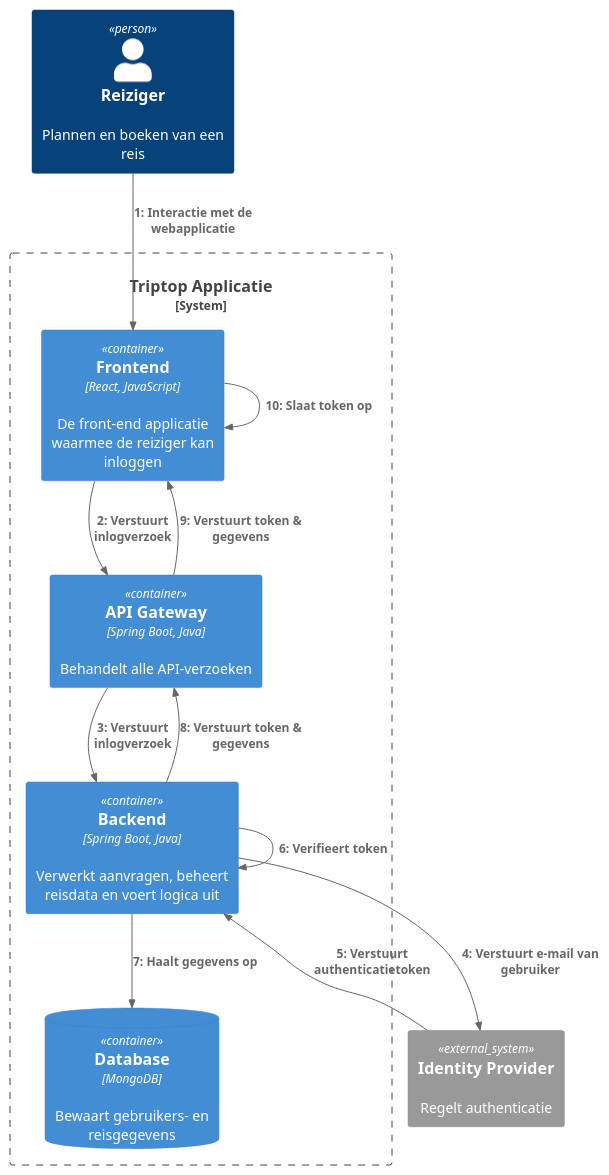
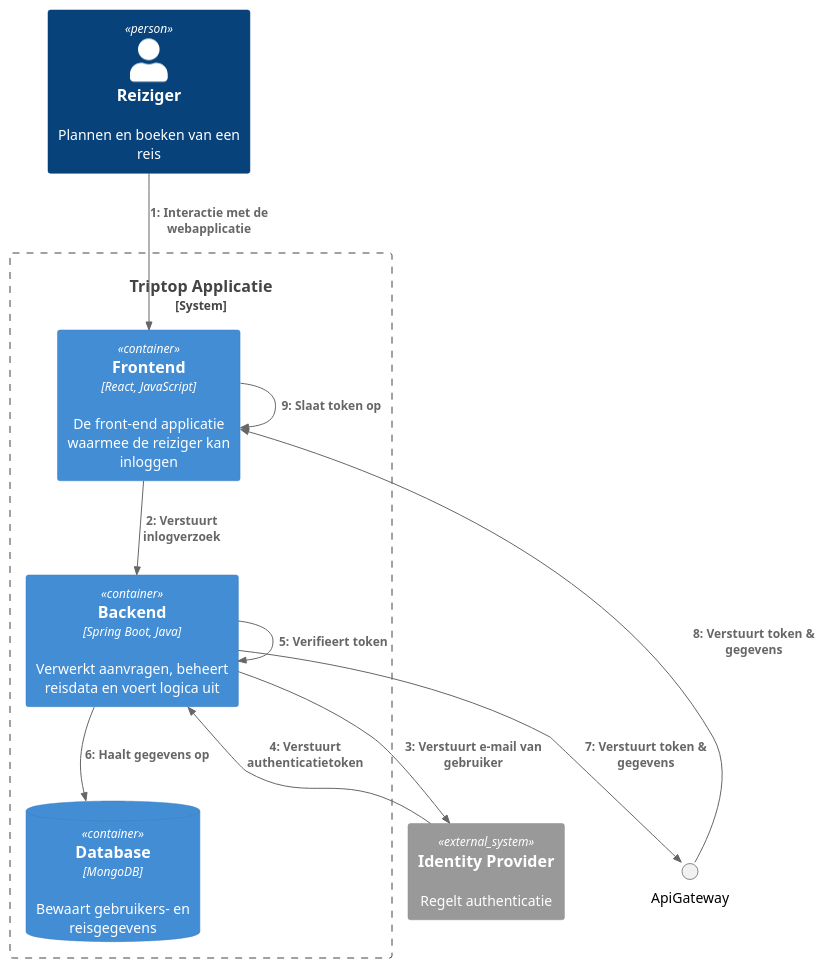
The diagram in opdracht-diagrammen/C4 Container/Dynamic/C4 Container dynamic diagram Inloggen - Cas.puml (AIM-ENE-feb25/triptop-groep-3), drawn with PlantUML before and after one commit. The commit also changed 4 other files, not shown here.

```diff
--- a/opdracht-diagrammen/C4 Container/Dynamic/C4 Container dynamic diagram Inloggen - Cas.puml
+++ b/opdracht-diagrammen/C4 Container/Dynamic/C4 Container dynamic diagram Inloggen - Cas.puml
@@ -1,33 +1,31 @@
 @startuml
 !include https://raw.githubusercontent.com/plantuml-stdlib/C4-PlantUML/master/C4_Dynamic.puml
 
 LAYOUT_TOP_DOWN()
 
 Person(Traveler, "Reiziger", "Plannen en boeken van een reis")
 
 System_Boundary(s1, "Triptop Applicatie") {
     Container(Frontend, "Frontend", "React, JavaScript", "De front-end applicatie waarmee de reiziger kan inloggen")
     Container(Backend, "Backend", "Spring Boot, Java", "Verwerkt aanvragen, beheert reisdata en voert logica uit")
-    Container(ApiGateway, "API Gateway", "Spring Boot, Java", "Behandelt alle API-verzoeken")
     ContainerDb(Database, Database, MongoDB, Bewaart gebruikers- en reisgegevens)
 }
 
 System_Ext(IdentityProvider, "Identity Provider", "Regelt authenticatie")
 
 Rel(Traveler, Frontend, "Interactie met de webapplicatie")
 
-Rel(Frontend, ApiGateway, "Verstuurt inlogverzoek")
-Rel(ApiGateway, Backend, Verstuurt inlogverzoek)
+Rel(Frontend, Backend, "Verstuurt inlogverzoek")
 
 Rel(Backend, IdentityProvider, Verstuurt e-mail van gebruiker)
 Rel(IdentityProvider, Backend, "Verstuurt authenticatietoken")
 Rel(Backend, Backend, Verifieert token)
 
 Rel(Backend, Database, "Haalt gegevens op")
 
 Rel(Backend, ApiGateway, Verstuurt token & gegevens)
 Rel(ApiGateway, Frontend, Verstuurt token & gegevens)
 Rel(Frontend, Frontend, Slaat token op)
 
 
 @enduml
```
